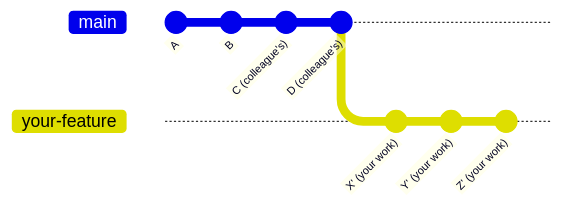
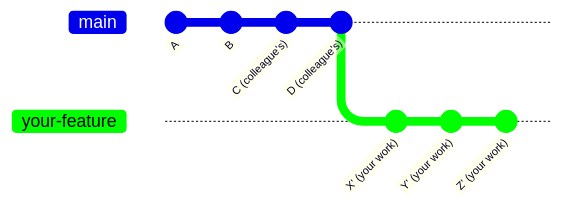
Before and after one commit to qumisinc/docs: the second of 2 diagrams in internal/engineering/git-branching-strategies.mdx, drawn with Mermaid. The commit also changed other lines of this file, not shown here.

Commit message:
docs: update git branching strategies with sync and out of sync examples

````diff
--- a/internal/engineering/git-branching-strategies.mdx
+++ b/internal/engineering/git-branching-strategies.mdx
@@ -69,12 +83,19 @@
 ```mermaid
+---
+config:
+  logLevel: 'debug'
+  theme: 'default'
+  themeVariables:
+      'git1': '#00ff00'
+---
 gitGraph
     commit id: "A"
     commit id: "B"
     commit id: "C (colleague's)"
     commit id: "D (colleague's)"
     branch your-feature
     checkout your-feature
     commit id: "X' (your work)"
     commit id: "Y' (your work)"
     commit id: "Z' (your work)"
 ```
````
